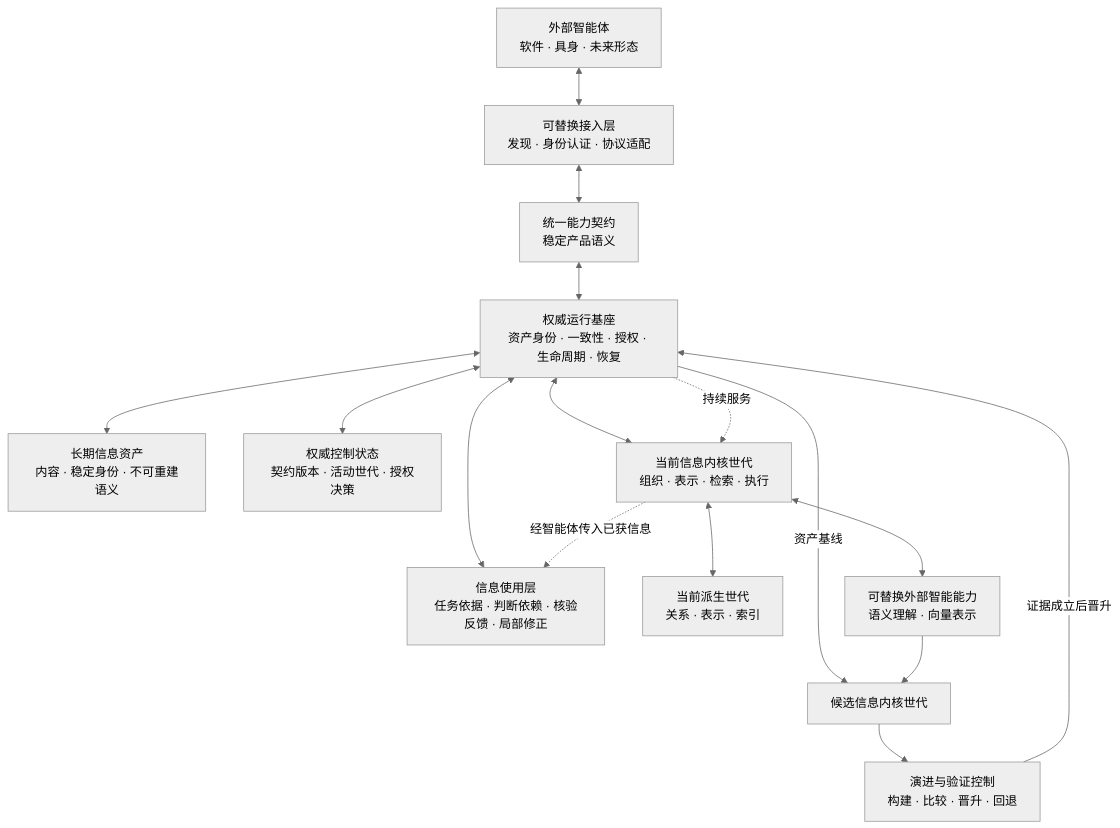
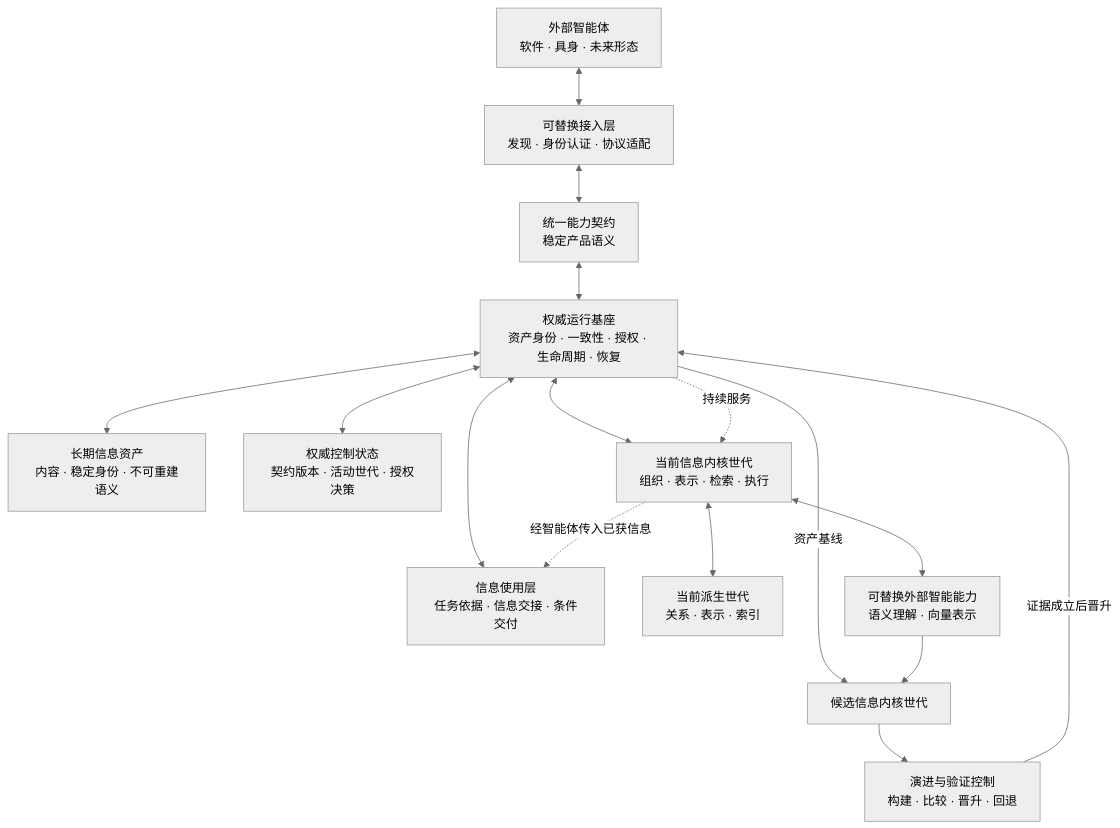
Before and after one commit to HJSunDev/ownward: the diagram in docs/architecture/overview.md, drawn with Mermaid (neutral theme). The commit also changed other lines of this file and 21 other files, not shown here.

````diff
--- a/docs/architecture/overview.md
+++ b/docs/architecture/overview.md
@@ -32,34 +32,34 @@
 ```mermaid
 flowchart TB
     A["外部智能体<br/>软件 · 具身 · 未来形态"]
     AD["可替换接入层<br/>发现 · 身份认证 · 协议适配"]
     CC["统一能力契约<br/>稳定产品语义"]
 
     AR["权威运行基座<br/>资产身份 · 一致性 · 授权 · 生命周期 · 恢复"]
     VA["长期信息资产<br/>内容 · 稳定身份 · 不可重建语义"]
     CS["权威控制状态<br/>契约版本 · 活动世代 · 授权决策"]
 
     KG["当前信息内核世代<br/>组织 · 表示 · 检索 · 执行"]
-    IU["信息使用层<br/>任务依据 · 判断依赖 · 核验反馈 · 局部修正"]
+    IU["信息使用层<br/>任务依据 · 信息交接 · 条件交付"]
     DG["当前派生世代<br/>关系 · 表示 · 索引"]
     EI["可替换外部智能能力<br/>语义理解 · 向量表示"]
 
     KC["候选信息内核世代"]
     EV["演进与验证控制<br/>构建 · 比较 · 晋升 · 回退"]
 
     A <--> AD
     AD <--> CC
     CC <--> AR
     AR <--> VA
     AR <--> CS
     AR <--> KG
     AR <--> IU
     KG -.->|"经智能体传入已获信息"| IU
     KG <--> DG
     KG <--> EI
     AR -->|"资产基线"| KC
     EI --> KC
     KC --> EV
     EV -->|"证据成立后晋升"| AR
     AR -.->|"持续服务"| KG
 ```
````
